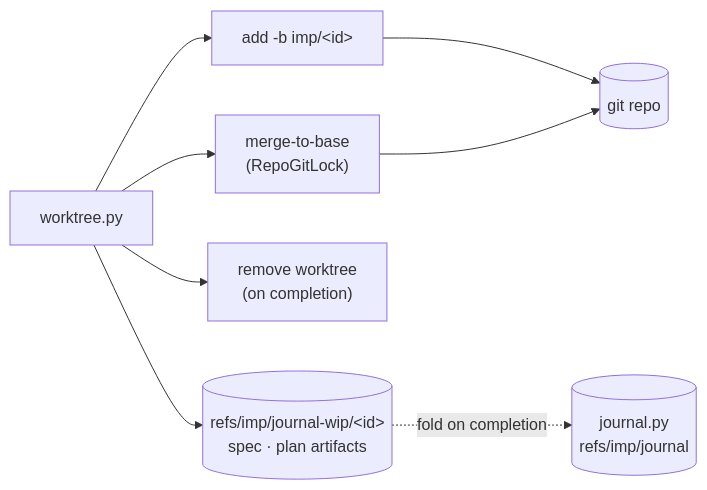
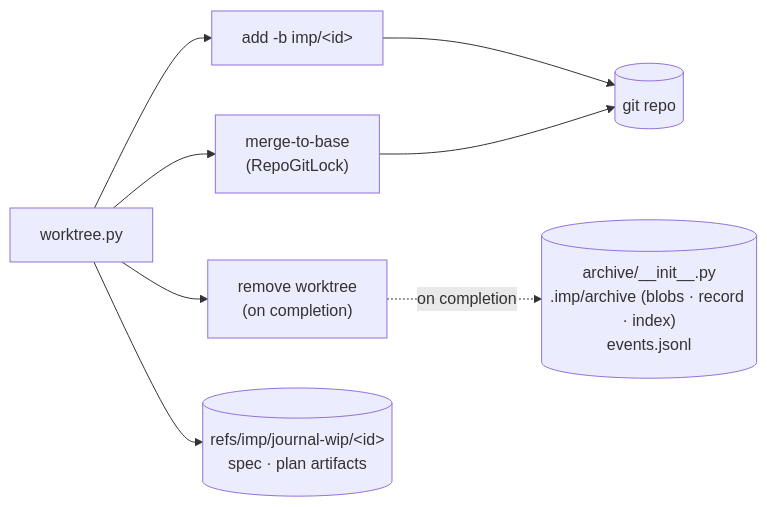
Before and after one commit to jpoimboe/imp: the fifth of 12 diagrams in docs/architecture.md, drawn with Mermaid. The commit also changed other lines of this file, not shown here.

First line of the commit message:
docs: correct stale journal docs

````diff
--- a/docs/architecture.md
+++ b/docs/architecture.md
@@ -75,10 +75,10 @@
 ```mermaid
 flowchart LR
   WT["worktree.py"] --> ADD["add -b imp/&lt;id&gt;"]
   WT --> MERGE["merge-to-base<br/>(RepoGitLock)"]
   WT --> RM["remove worktree<br/>(on completion)"]
   WT --> WIP[("refs/imp/journal-wip/&lt;id&gt;<br/>spec · plan artifacts")]
-  WIP -. "fold on completion" .-> J[("journal.py<br/>refs/imp/journal")]
+  RM -. "on completion" .-> ARC[("archive/__init__.py<br/>.imp/archive (blobs · record · index)<br/>events.jsonl")]
   ADD --> REPO[("git repo")]
   MERGE --> REPO
 ```
````
